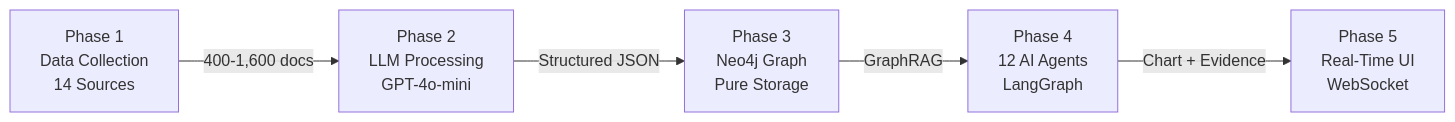
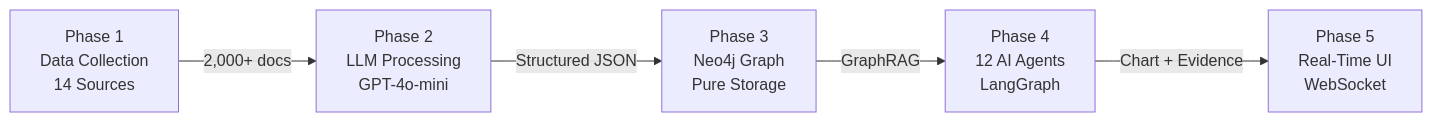
One commit to omontes/pura-vida-sloth changed the diagram in README.md. Above: the diagram before and after it, drawn with Mermaid. The commit also changed other lines of this file, not shown here.

````diff
--- a/README.md
+++ b/README.md
@@ -141,7 +140,7 @@
 ```mermaid
 flowchart LR
-    A[Phase 1<br/>Data Collection<br/>14 Sources] -->|400-1,600 docs| B[Phase 2<br/>LLM Processing<br/>GPT-4o-mini]
+    A[Phase 1<br/>Data Collection<br/>14 Sources] -->|2,000+ docs| B[Phase 2<br/>LLM Processing<br/>GPT-4o-mini]
     B -->|Structured JSON| C[Phase 3<br/>Neo4j Graph<br/>Pure Storage]
     C -->|GraphRAG| D[Phase 4<br/>12 AI Agents<br/>LangGraph]
     D -->|Chart + Evidence| E[Phase 5<br/>Real-Time UI<br/>WebSocket]
 ```
````
